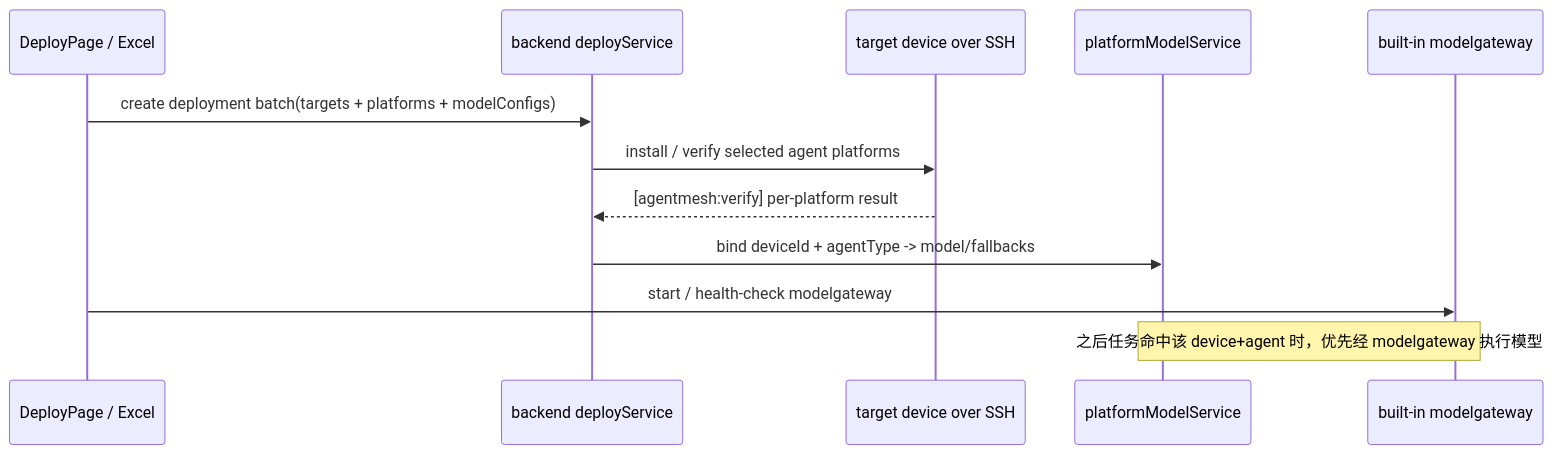
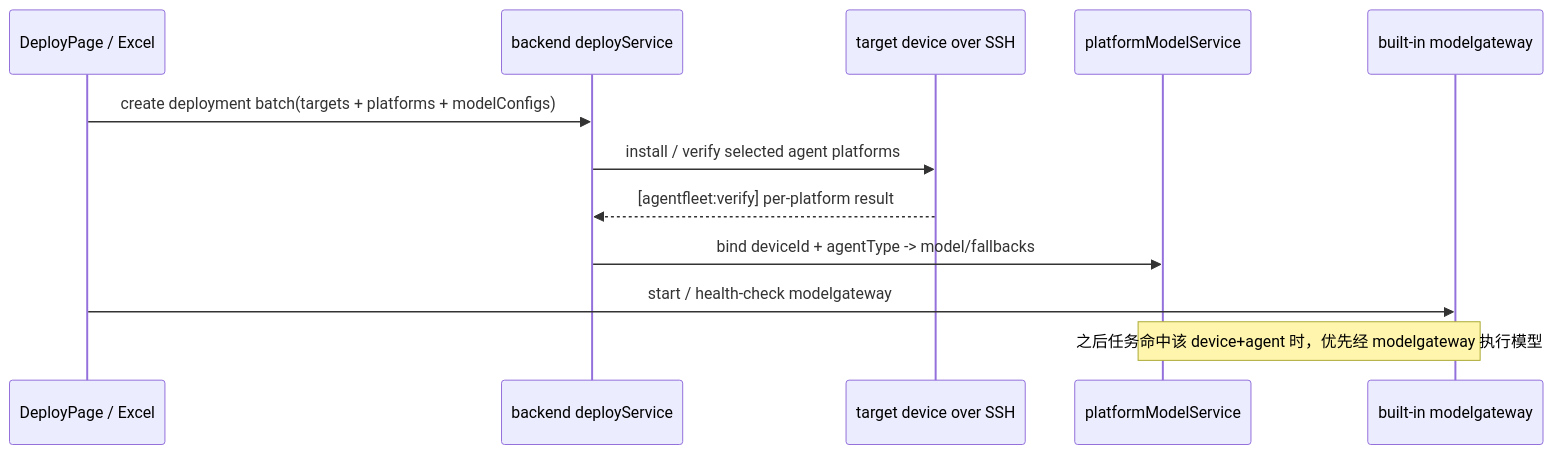
The first of 2 diagrams in docs/17-Agent平台安装卸载与调用矩阵.md (narkco-kang/agent-fleet), drawn with Mermaid before and after one commit. The commit also changed other lines of this file and 186 other files, not shown here.

````diff
--- a/docs/17-Agent平台安装卸载与调用矩阵.md
+++ b/docs/17-Agent平台安装卸载与调用矩阵.md
@@ -60,15 +60,15 @@
 ```mermaid
 sequenceDiagram
     participant UI as DeployPage / Excel
     participant B as backend deployService
     participant SSH as target device over SSH
     participant PM as platformModelService
     participant MG as built-in modelgateway
 
     UI->>B: create deployment batch(targets + platforms + modelConfigs)
     B->>SSH: install / verify selected agent platforms
-    SSH-->>B: [agentmesh:verify] per-platform result
+    SSH-->>B: [agentfleet:verify] per-platform result
     B->>PM: bind deviceId + agentType -> model/fallbacks
     UI->>MG: start / health-check modelgateway
     Note over PM,MG: 之后任务命中该 device+agent 时，优先经 modelgateway 执行模型
 ```
````
